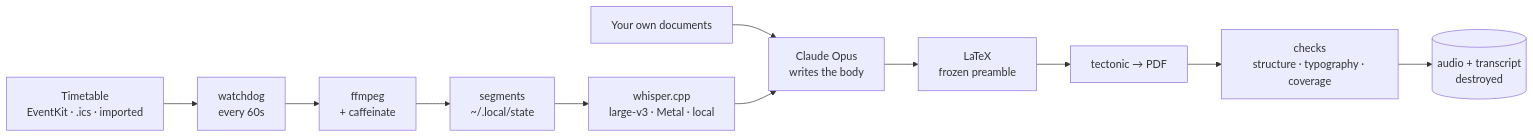
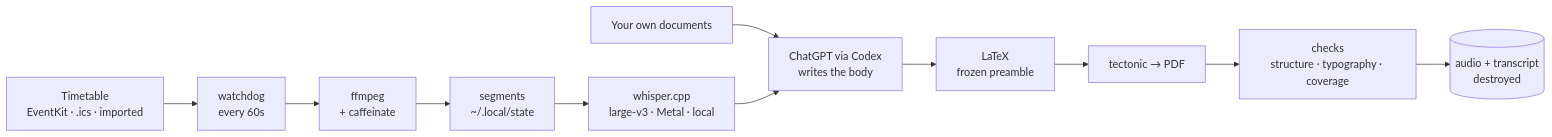
Before and after one commit to IssaSkn/kispybyManceff: the diagram in README.md, drawn with Mermaid. The commit also changed other lines of this file and 9 other files, not shown here.

First line of the commit message:
Migrate Kispy from Claude to ChatGPT via OpenAI Codex

````diff
--- a/README.md
+++ b/README.md
@@ -293,13 +295,13 @@
 ```mermaid
 flowchart LR
     CAL[Timetable<br/>EventKit · .ics · imported] --> W[watchdog<br/>every 60s]
     W --> REC[ffmpeg<br/>+ caffeinate]
     REC --> SEG[segments<br/>~/.local/state]
     SEG --> WH[whisper.cpp<br/>large-v3 · Metal · local]
     DOC[Your own documents] --> SYN
-    WH --> SYN[Claude Opus<br/>writes the body]
+    WH --> SYN[ChatGPT via Codex<br/>writes the body]
     SYN --> TEX[LaTeX<br/>frozen preamble]
     TEX --> PDF[tectonic → PDF]
     PDF --> AUD[checks<br/>structure · typography · coverage]
     AUD --> SHRED[(audio + transcript<br/>destroyed)]
 ```
````
